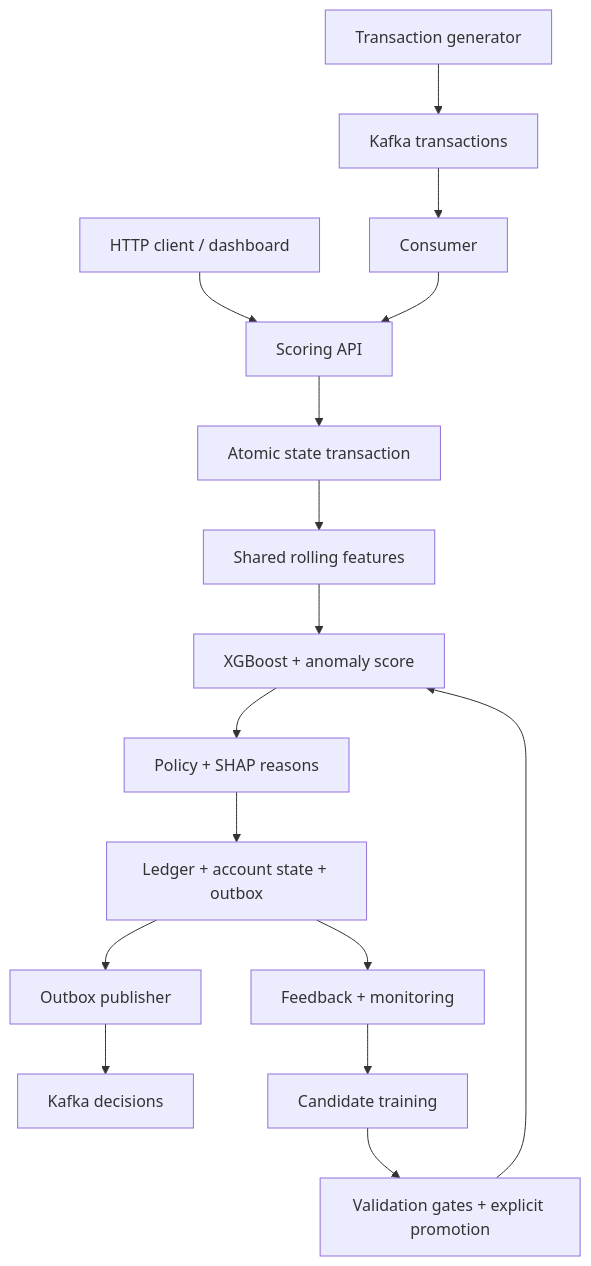
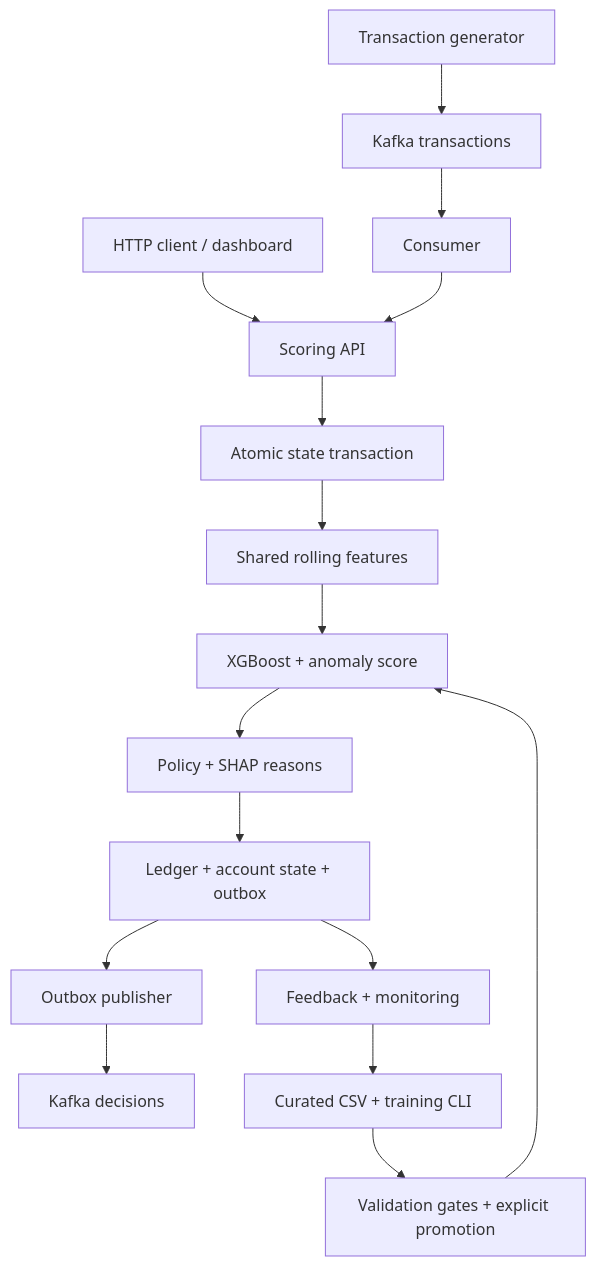
One commit to Jill-Vekariya/sentinel-fraud-platform changed the diagram in docs/ARCHITECTURE.md. Above: the diagram before and after it, drawn with Mermaid. The commit also changed other lines of this file and 12 other files, not shown here.

````diff
--- a/docs/ARCHITECTURE.md
+++ b/docs/ARCHITECTURE.md
@@ -3,18 +3,18 @@
 ```mermaid
 flowchart TD
   P[Transaction generator] --> K[Kafka transactions]
   K --> W[Consumer]
   H[HTTP client / dashboard] --> A[Scoring API]
   W --> A
   A --> T[Atomic state transaction]
   T --> F[Shared rolling features]
   F --> M[XGBoost + anomaly score]
   M --> D[Policy + SHAP reasons]
   D --> L[Ledger + account state + outbox]
   L --> O[Outbox publisher]
   O --> R[Kafka decisions]
   L --> V[Feedback + monitoring]
-  V --> C[Candidate training]
+  V --> C[Curated CSV + training CLI]
   C --> G[Validation gates + explicit promotion]
   G --> M
 ```
````
